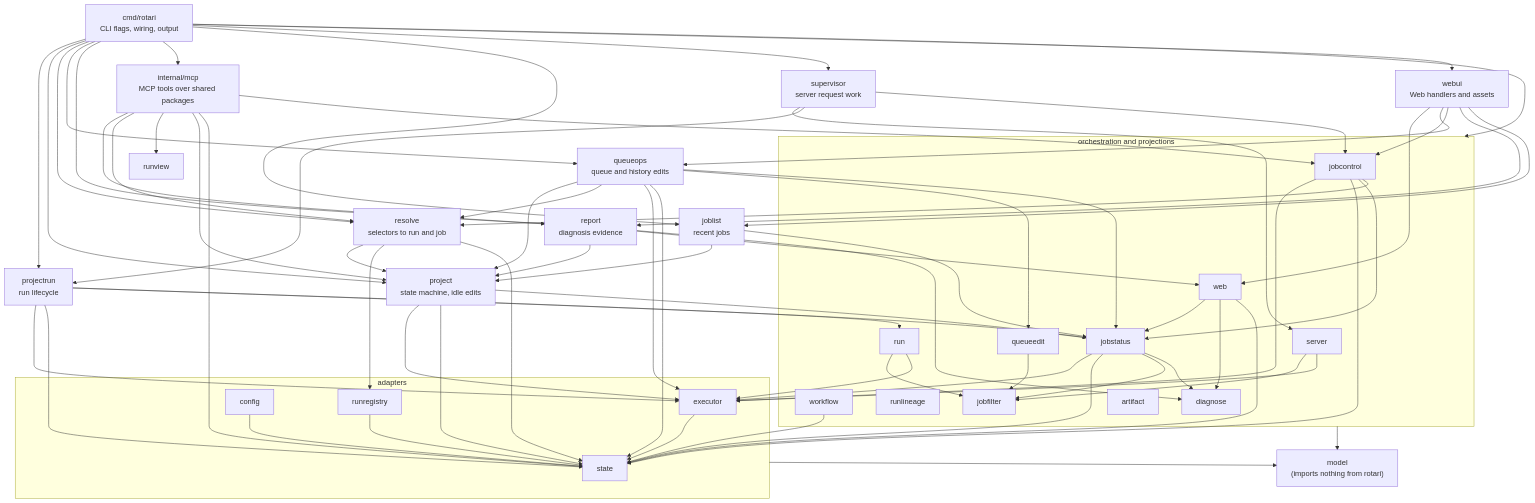
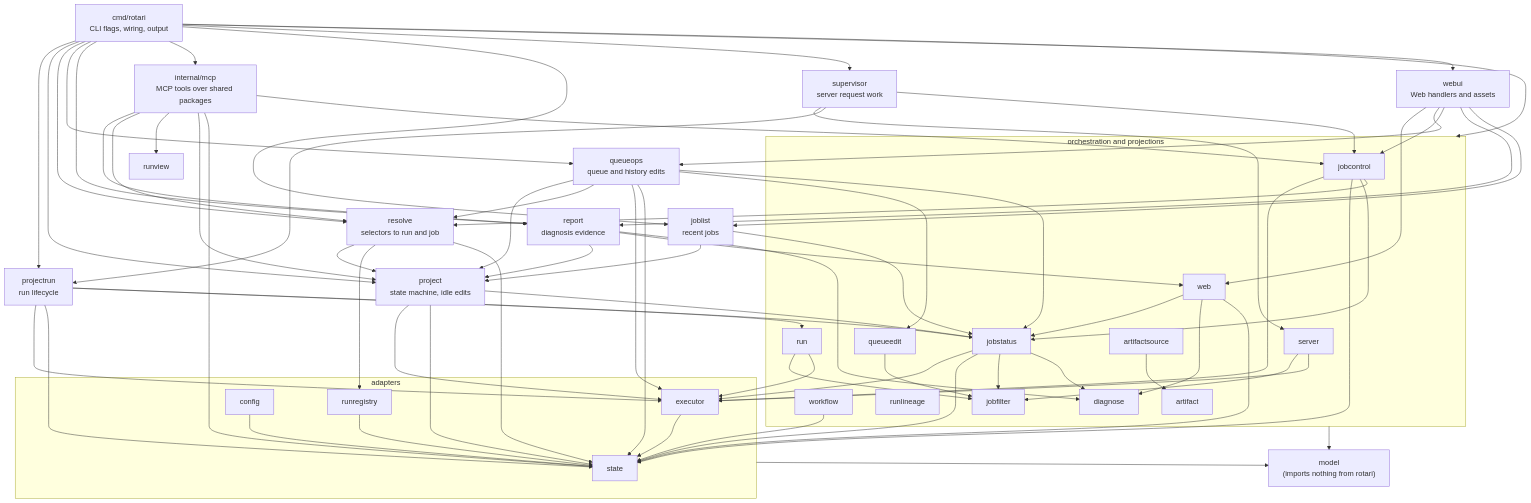
One commit to kamo-naoyuki/rotari changed the second of 2 diagrams in docs/ARCHITECTURE.md. Above: the diagram before and after it, drawn with Mermaid. The commit also changed other lines of this file and 6 other files, not shown here.

```diff
--- a/docs/ARCHITECTURE.md
+++ b/docs/ARCHITECTURE.md
@@ -128,6 +128,7 @@
     diagnose
       jobfilter
       artifact
+      artifactsource
   end
   subgraph l1["adapters"]
     executor
@@ -200,6 +201,7 @@
   jobstatus --> jobfilter
   jobstatus --> diagnose
   workflow --> state
+  artifactsource --> artifact
   executor --> state
   runregistry --> state
   l1 --> model
```
